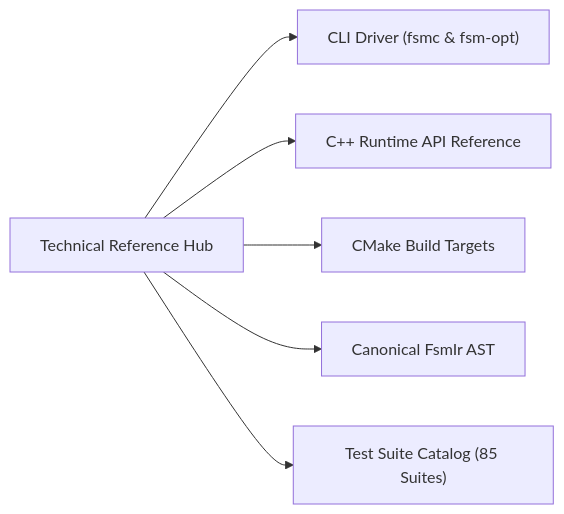
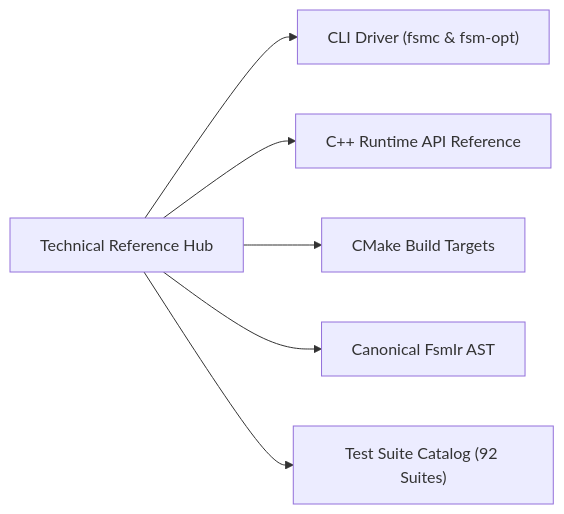
The diagram in docs/reference/index.md (simoneCavalleri/fsmc), drawn with Mermaid before and after one commit. The commit also changed other lines of this file and 19 other files, not shown here.

````diff
--- a/docs/reference/index.md
+++ b/docs/reference/index.md
@@ -21,8 +21,8 @@
 ```mermaid
 graph LR
     Ref["Technical Reference Hub"] --> CLI["CLI Driver (fsmc & fsm-opt)"]
     Ref --> Cpp["C++ Runtime API Reference"]
     Ref --> CMake["CMake Build Targets"]
     Ref --> IR["Canonical FsmIr AST"]
-    Ref --> Catalog["Test Suite Catalog (85 Suites)"]
+    Ref --> Catalog["Test Suite Catalog (92 Suites)"]
 ```
````
